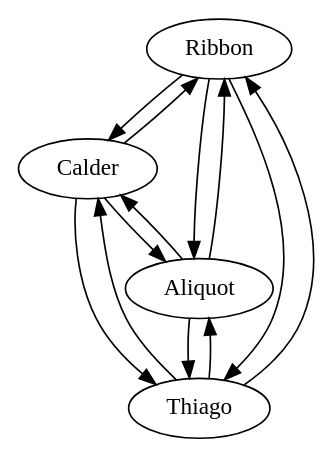
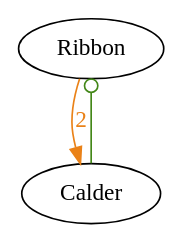
One commit to piearty/The-Veil-map changed the diagram in multi.dot. Above: the diagram before and after it, drawn with Graphviz. The commit also changed 1 other file, not shown here.

```diff
--- a/multi.dot
+++ b/multi.dot
@@ -1,18 +1,6 @@
 digraph  {
 Ribbon;
 Calder;
-Thiago;
-Aliquot;
-Ribbon -> Calder  [key=0];
-Ribbon -> Thiago  [key=0];
-Ribbon -> Aliquot  [key=0];
-Calder -> Ribbon  [key=0];
-Calder -> Thiago  [key=0];
-Calder -> Aliquot  [key=0];
-Thiago -> Ribbon  [key=0];
-Thiago -> Calder  [key=0];
-Thiago -> Aliquot  [key=0];
-Aliquot -> Ribbon  [key=0];
-Aliquot -> Calder  [key=0];
-Aliquot -> Thiago  [key=0];
+Ribbon -> Calder  [color="#ea8218", fontcolor="#ea8218", key=0, label=2];
+Calder -> Ribbon  [arrowhead=odot, color="#438718", key=0];
 }
```
